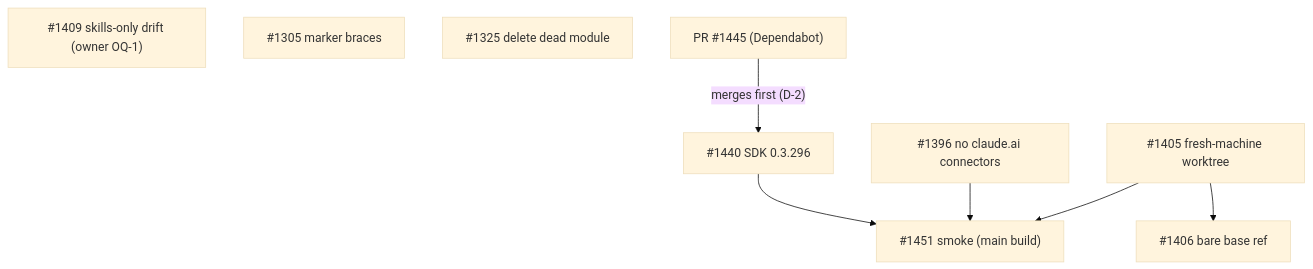
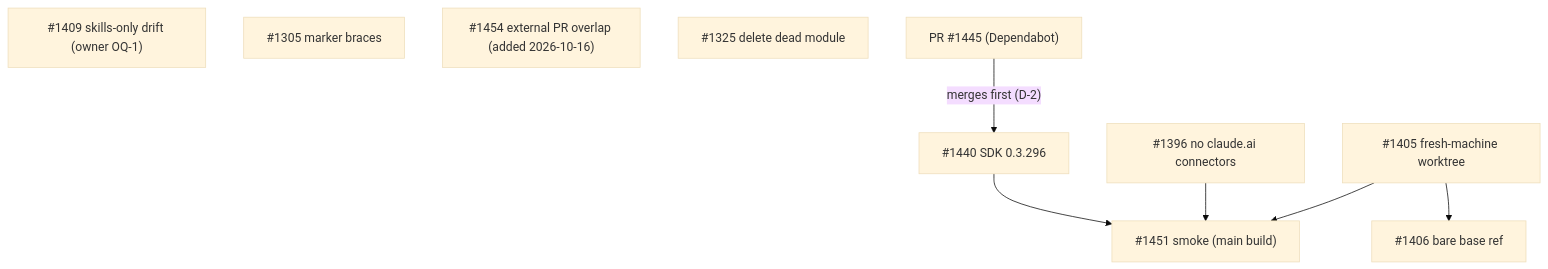
One commit to sequant-io/sequant changed the diagram in docs/internal/graph-2026-10-freeze-b/issue-graph.md. Above: the diagram before and after it, drawn with Mermaid (base theme). The commit also changed other lines of this file and 2 other files, not shown here.

First line of the commit message:
docs(graph): add #1454 to graph-2026-10-freeze-b as a wave-2 node; D-8 defers its /assess wiring past the freeze

````diff
--- a/docs/internal/graph-2026-10-freeze-b/issue-graph.md
+++ b/docs/internal/graph-2026-10-freeze-b/issue-graph.md
@@ -27,11 +28,12 @@
 ```mermaid
 graph TD
   N1440["#1440 SDK 0.3.296"] --> N1451["#1451 smoke (main build)"]
   N1396["#1396 no claude.ai connectors"] --> N1451
   N1405["#1405 fresh-machine worktree"] --> N1451
   N1405 --> N1406["#1406 bare base ref"]
   N1409["#1409 skills-only drift (owner OQ-1)"]
   N1305["#1305 marker braces"]
+  N1454["#1454 external PR overlap (added 2026-10-16)"]
   N1325["#1325 delete dead module"]
   N1445["PR #1445 (Dependabot)"] -- "merges first (D-2)" --> N1440
 ```
````
